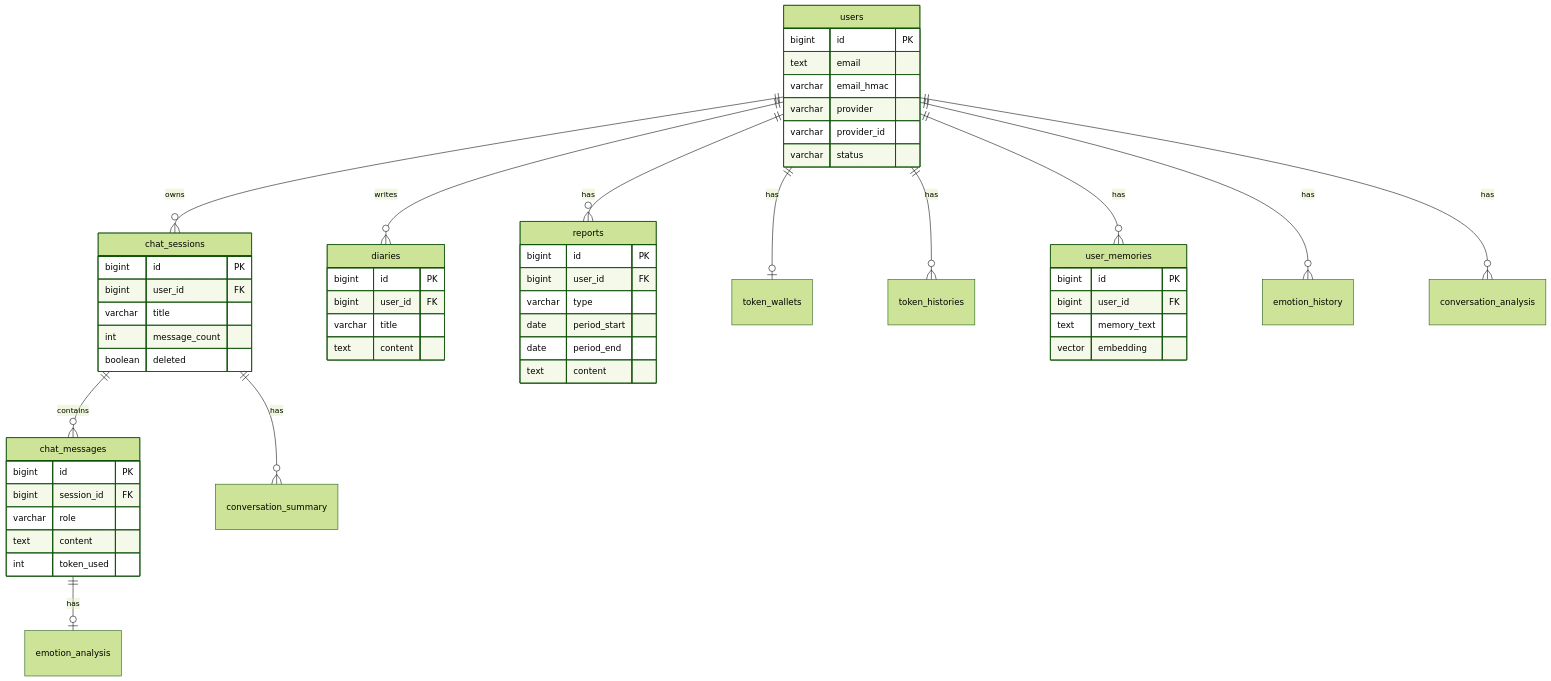
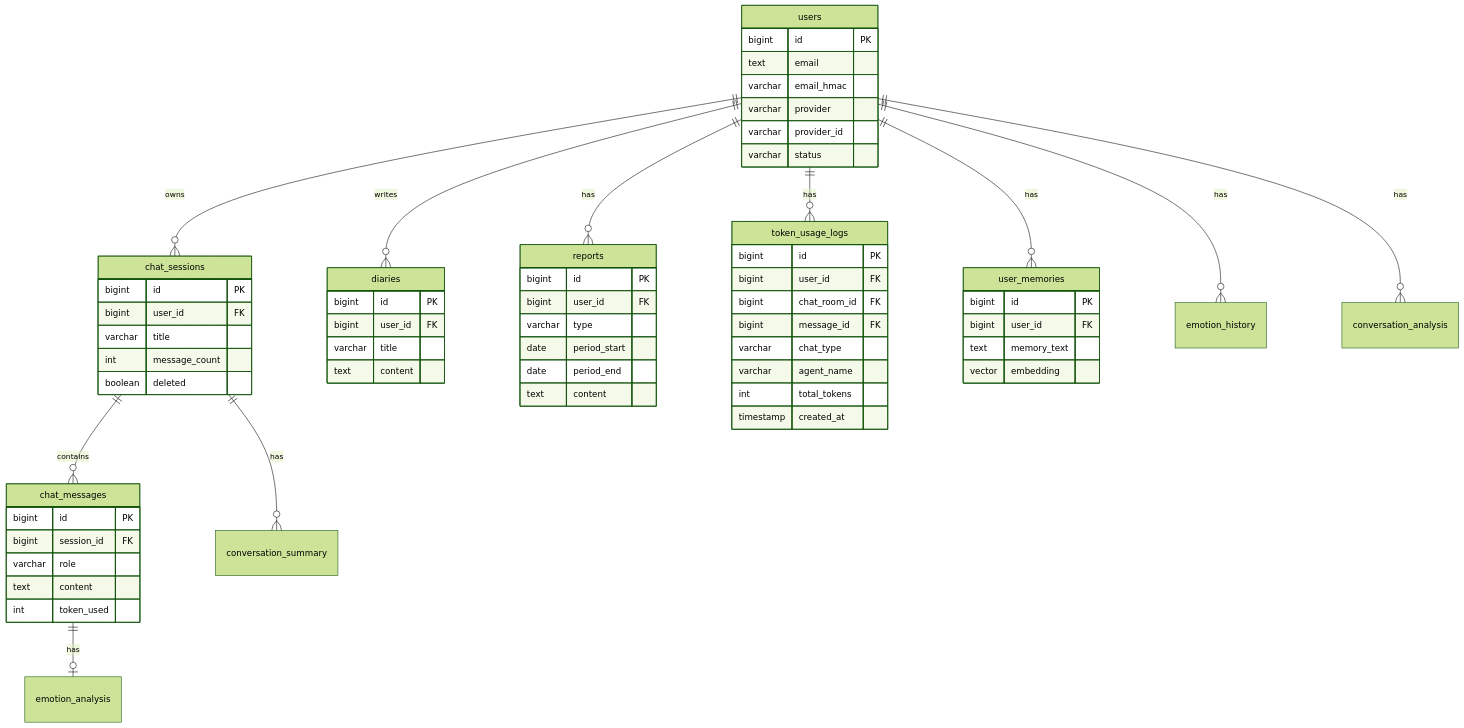
The second of 2 diagrams in index.md (BigHwangTaeYeon/portfolio), drawn with Mermaid (forest theme) before and after one commit.

Commit message:
Update index.md with new ER diagram and content
Removed outdated portfolio description and updated ER diagram.

````diff
--- a/index.md
+++ b/index.md
@@ -285,62 +283,72 @@
 ```mermaid
 erDiagram
     users ||--o{ chat_sessions : owns
     users ||--o{ diaries : writes
     users ||--o{ reports : has
-    users ||--o| token_wallets : has
-    users ||--o{ token_histories : has
+    users ||--o{ token_usage_logs : has
     chat_sessions ||--o{ chat_messages : contains
     chat_messages ||--o| emotion_analysis : has
     chat_sessions ||--o{ conversation_summary : has
     users ||--o{ user_memories : has
     users ||--o{ emotion_history : has
     users ||--o{ conversation_analysis : has
 
     users {
         bigint id PK
         text email
         varchar email_hmac
         varchar provider
         varchar provider_id
         varchar status
     }
 
     chat_sessions {
         bigint id PK
         bigint user_id FK
         varchar title
         int message_count
         boolean deleted
     }
 
     chat_messages {
         bigint id PK
         bigint session_id FK
         varchar role
         text content
         int token_used
     }
 
     reports {
         bigint id PK
         bigint user_id FK
         varchar type
         date period_start
         date period_end
         text content
     }
 
     diaries {
         bigint id PK
         bigint user_id FK
         varchar title
         text content
     }
 
     user_memories {
         bigint id PK
         bigint user_id FK
         text memory_text
         vector embedding
     }
+
+    token_usage_logs {
+        bigint id PK
+        bigint user_id FK
+        bigint chat_room_id FK
+        bigint message_id FK
+        varchar chat_type
+        varchar agent_name
+        int total_tokens
+        timestamp created_at
+    }
 ```
````
